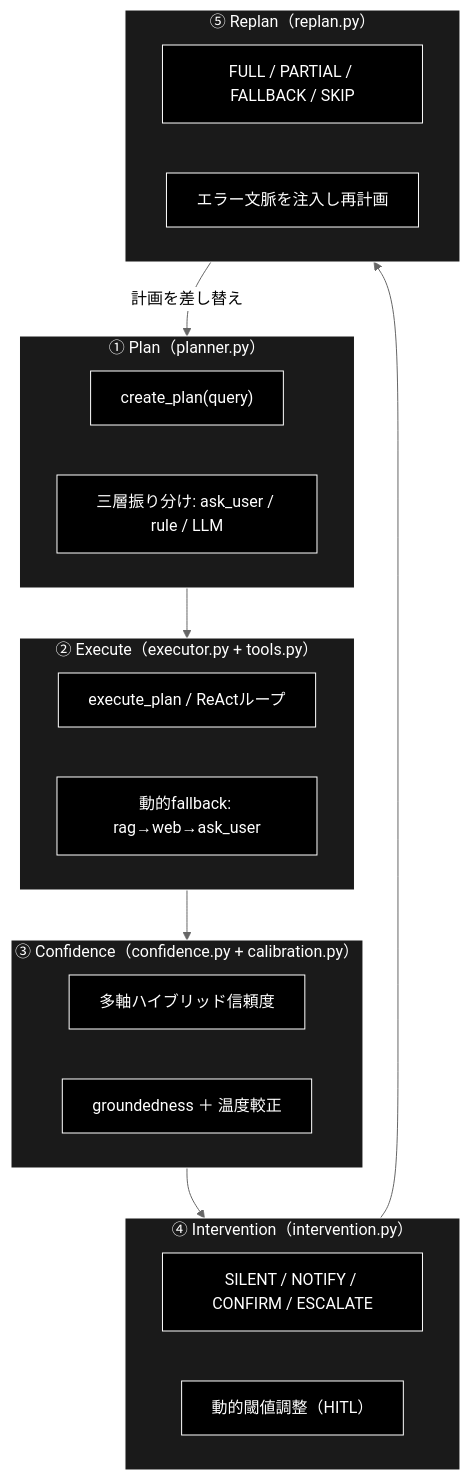
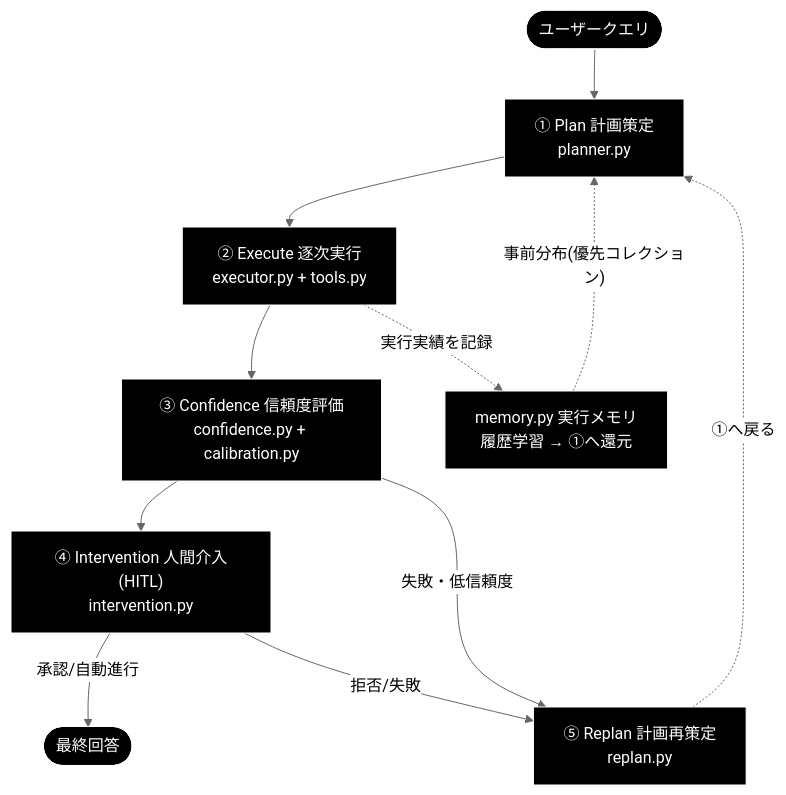
The diagram in grace/docs/grace.md (nakashima2toshio/grace_v2), drawn with Mermaid (neutral theme) before and after one commit. The commit also changed other lines of this file and 8 other files, not shown here.

````diff
--- a/grace/docs/grace.md
+++ b/grace/docs/grace.md
@@ -236,33 +173,22 @@
 ```mermaid
 flowchart TB
-    subgraph Stage1["① Plan（planner.py）"]
-        P1["create_plan(query)"]
-        P2["三層振り分け: ask_user / rule / LLM"]
-    end
-    subgraph Stage2["② Execute（executor.py + tools.py）"]
-        E1["execute_plan / ReActループ"]
-        E2["動的fallback: rag→web→ask_user"]
-    end
-    subgraph Stage3["③ Confidence（confidence.py + calibration.py）"]
-        C1["多軸ハイブリッド信頼度"]
-        C2["groundedness ＋ 温度較正"]
-    end
-    subgraph Stage4["④ Intervention（intervention.py）"]
-        I1["SILENT / NOTIFY / CONFIRM / ESCALATE"]
-        I2["動的閾値調整（HITL）"]
-    end
-    subgraph Stage5["⑤ Replan（replan.py）"]
-        R1["FULL / PARTIAL / FALLBACK / SKIP"]
-        R2["エラー文脈を注入し再計画"]
-    end
-    Stage1 --> Stage2 --> Stage3 --> Stage4 --> Stage5
-    Stage5 -->|計画を差し替え| Stage1
+    START(["ユーザークエリ"])
+    P1["① Plan 計画策定<br>planner.py"]
+    P2["② Execute 逐次実行<br>executor.py + tools.py"]
+    P3["③ Confidence 信頼度評価<br>confidence.py + calibration.py"]
+    P4["④ Intervention 人間介入(HITL)<br>intervention.py"]
+    P5["⑤ Replan 計画再策定<br>replan.py"]
+    MEM["memory.py 実行メモリ<br>履歴学習 → ①へ還元"]
+    DONE(["最終回答"])
+
+    START --> P1
+    P1 --> P2 --> P3 --> P4
+    P4 -- 承認/自動進行 --> DONE
+    P4 -- 拒否/失敗 --> P5
+    P3 -- 失敗・低信頼度 --> P5
+    P5 -. ①へ戻る .-> P1
+    MEM -. 事前分布(優先コレクション) .-> P1
+    P2 -. 実行実績を記録 .-> MEM
 classDef default fill:#000,stroke:#fff,color:#fff
-classDef subgraphStyle fill:#1a1a1a,stroke:#fff,color:#fff
-class P1,P2,E1,E2,C1,C2,I1,I2,R1,R2 default
-style Stage1 fill:#1a1a1a,stroke:#fff,color:#fff
-style Stage2 fill:#1a1a1a,stroke:#fff,color:#fff
-style Stage3 fill:#1a1a1a,stroke:#fff,color:#fff
-style Stage4 fill:#1a1a1a,stroke:#fff,color:#fff
-style Stage5 fill:#1a1a1a,stroke:#fff,color:#fff
+class START,P1,P2,P3,P4,P5,MEM,DONE default
 ```
````
